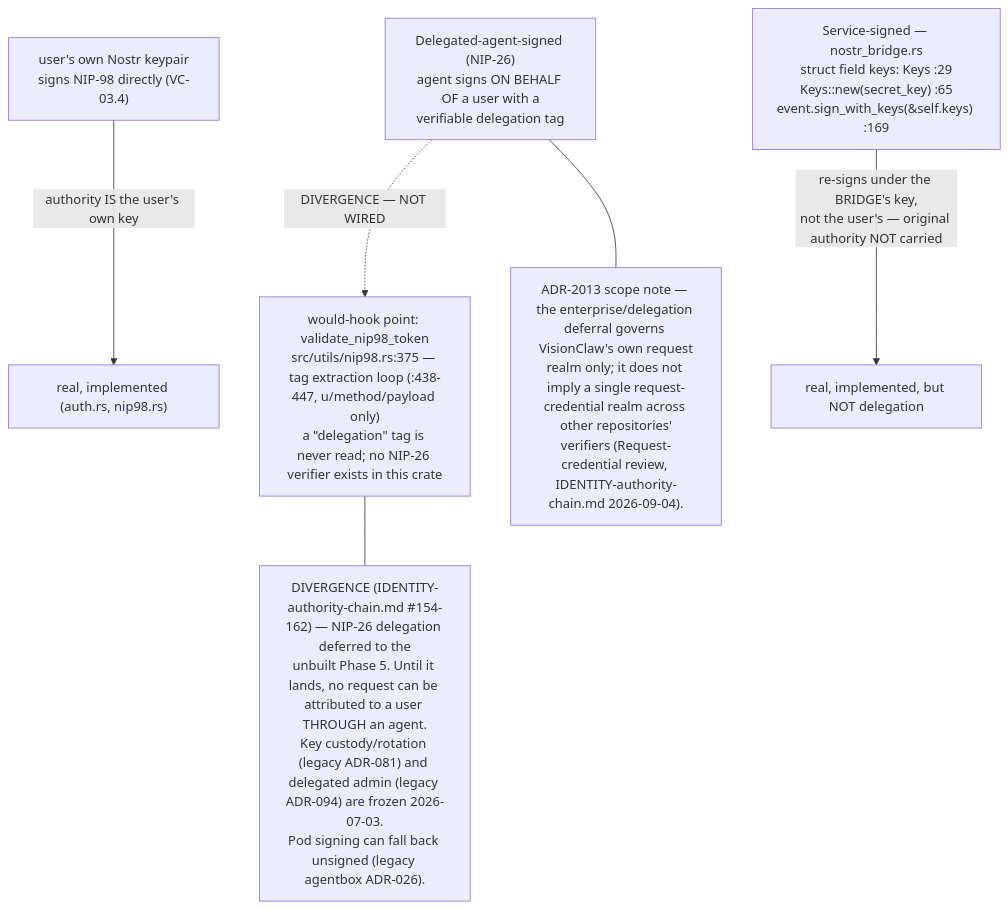
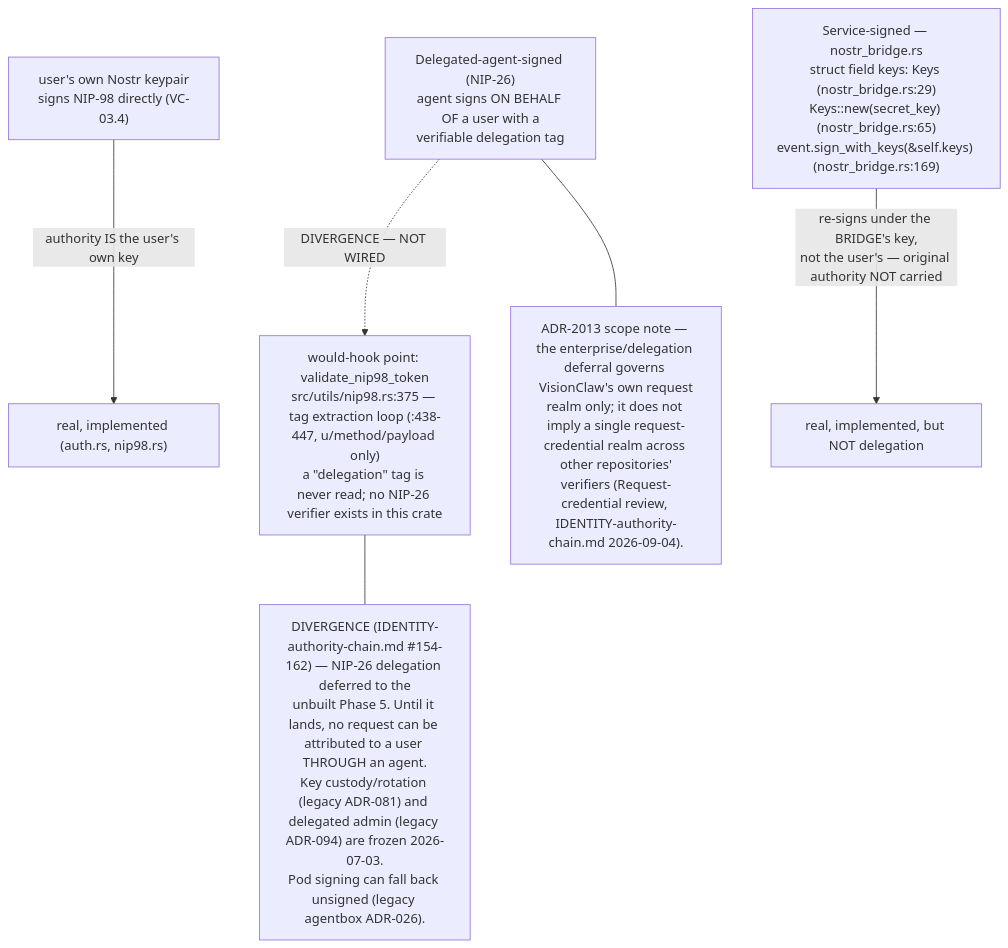
Diagram 16 of 16 in docs/diagrams/visionclaw/03-request-lifecycle-and-rbac.md (DreamLab-AI/VisionFlow), drawn with Mermaid before and after one commit. The commit also changed other lines of this file and 52 other files, not shown here.

First line of the commit message:
docs(diagrams): wave 3 checkpoint — bare line refs resolved, revision-pinned cite-check, VC-05/AB-01..13 re-attested

````diff
--- a/docs/diagrams/visionclaw/03-request-lifecycle-and-rbac.md
+++ b/docs/diagrams/visionclaw/03-request-lifecycle-and-rbac.md
@@ -587,14 +589,14 @@
 ```mermaid
 flowchart TB
     U["user's own Nostr keypair<br/>signs NIP-98 directly (VC-03.4)"]
-    SS["Service-signed — nostr_bridge.rs<br/>struct field keys: Keys :29<br/>Keys::new(secret_key) :65<br/>event.sign_with_keys(&self.keys) :169"]
+    SS["Service-signed — nostr_bridge.rs<br/>struct field keys: Keys (nostr_bridge.rs:29)<br/>Keys::new(secret_key) (nostr_bridge.rs:65)<br/>event.sign_with_keys(&self.keys) (nostr_bridge.rs:169)"]
     DA["Delegated-agent-signed (NIP-26)<br/>agent signs ON BEHALF OF a user with a<br/>verifiable delegation tag"]
     HOOK["would-hook point: validate_nip98_token<br/>src/utils/nip98.rs:375 — tag extraction loop (:438-447, u/method/payload only)<br/>a #quot;delegation#quot; tag is never read; no NIP-26 verifier exists in this crate"]
     U -->|"authority IS the user's own key"| REAL["real, implemented (auth.rs, nip98.rs)"]
     SS -->|"re-signs under the BRIDGE's key,<br/>not the user's — original authority NOT carried"| BRIDGE_REAL["real, implemented, but NOT delegation"]
     DA -.->|"DIVERGENCE — NOT WIRED"| HOOK
     N1["DIVERGENCE (IDENTITY-authority-chain.md #154-162) — NIP-26 delegation deferred to the<br/>unbuilt Phase 5. Until it lands, no request can be attributed to a user THROUGH an agent.<br/>Key custody/rotation (legacy ADR-081) and delegated admin (legacy ADR-094) are frozen 2026-07-03.<br/>Pod signing can fall back unsigned (legacy agentbox ADR-026)."]
     HOOK --- N1
     N2["ADR-2013 scope note — the enterprise/delegation deferral governs VisionClaw's own request<br/>realm only; it does not imply a single request-credential realm across other repositories'<br/>verifiers (Request-credential review, IDENTITY-authority-chain.md 2026-09-04)."]
     DA --- N2
 ```
````
